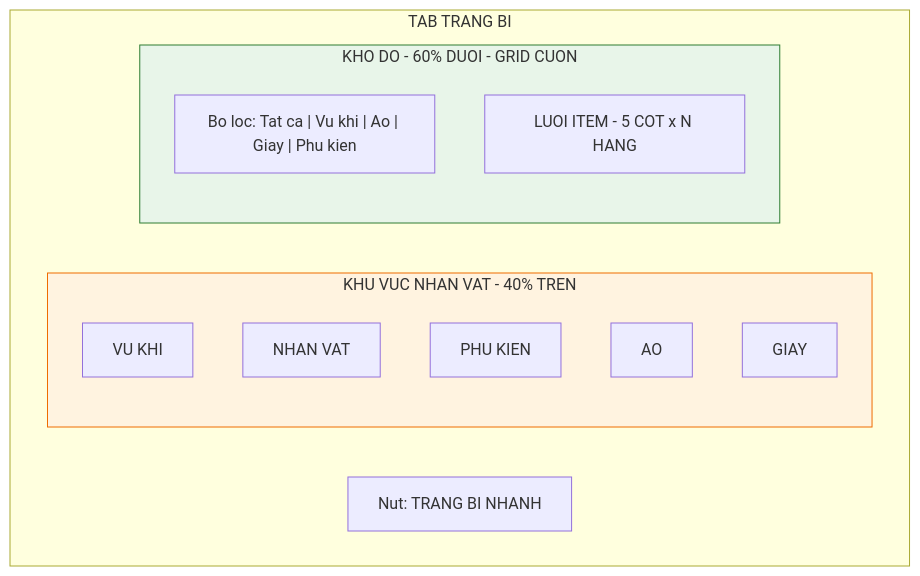
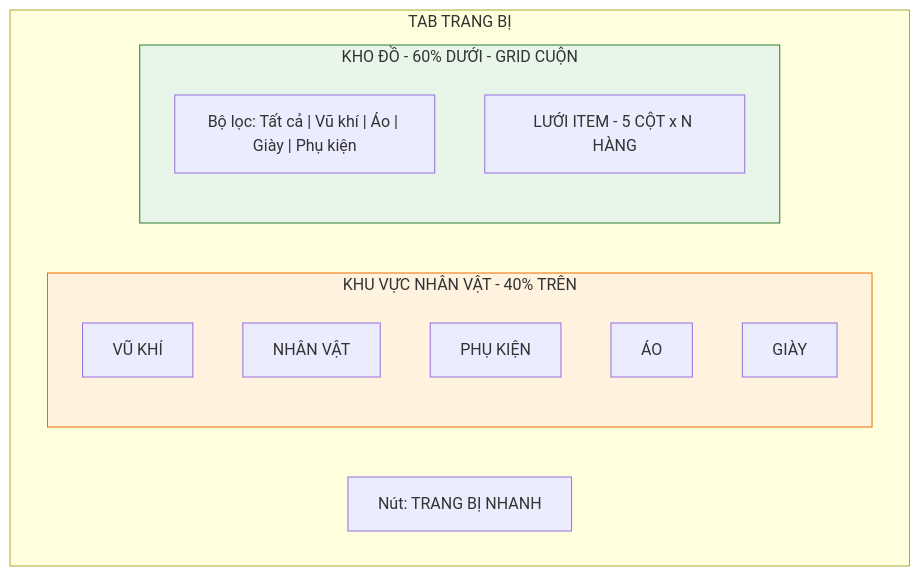
The second of 3 diagrams in docs/chi-tiet-man-hinh-dieu-khien.md (luantran-working/idlegame-designdocs), drawn with Mermaid before and after one commit. The commit also changed other lines of this file and 16 other files, not shown here.

Commit message:
feat: Introduce extensive game design documentation covering game systems, UI, and roadmap, and enable Mermaid diagram support in Docusaurus.

````diff
--- a/docs/chi-tiet-man-hinh-dieu-khien.md
+++ b/docs/chi-tiet-man-hinh-dieu-khien.md
@@ -90,22 +90,22 @@
 ```mermaid
 flowchart TB
-    subgraph EquipTab["TAB TRANG BI"]
-        subgraph CharSlots["KHU VUC NHAN VAT - 40% TREN"]
-            Weapon["VU KHI"]
-            Char["NHAN VAT"]
-            Accessory["PHU KIEN"]
-            Armor["AO"]
-            Boots["GIAY"]
+    subgraph EquipTab["TAB TRANG BỊ"]
+        subgraph CharSlots["KHU VỰC NHÂN VẬT - 40% TRÊN"]
+            Weapon["VŨ KHÍ"]
+            Char["NHÂN VẬT"]
+            Accessory["PHỤ KIỆN"]
+            Armor["ÁO"]
+            Boots["GIÀY"]
         end
 
-        AutoBtn["Nut: TRANG BI NHANH"]
+        AutoBtn["Nút: TRANG BỊ NHANH"]
 
-        subgraph Inventory["KHO DO - 60% DUOI - GRID CUON"]
-            Filter["Bo loc: Tat ca | Vu khi | Ao | Giay | Phu kien"]
-            Grid["LUOI ITEM - 5 COT x N HANG"]
+        subgraph Inventory["KHO ĐỒ - 60% DƯỚI - GRID CUỘN"]
+            Filter["Bộ lọc: Tất cả | Vũ khí | Áo | Giày | Phụ kiện"]
+            Grid["LƯỚI ITEM - 5 CỘT x N HÀNG"]
         end
     end
 
     style CharSlots fill:#fff3e0,stroke:#ef6c00
     style Inventory fill:#e8f5e9,stroke:#2e7d32
 ```
````
